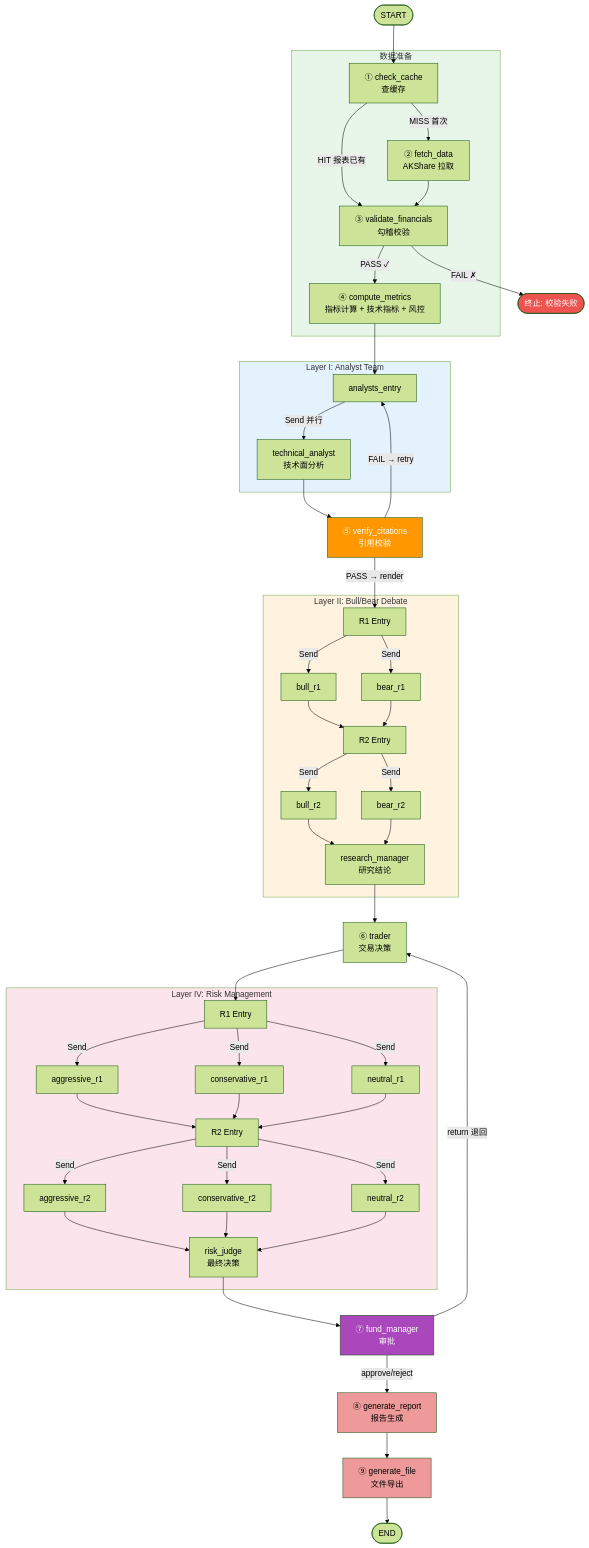
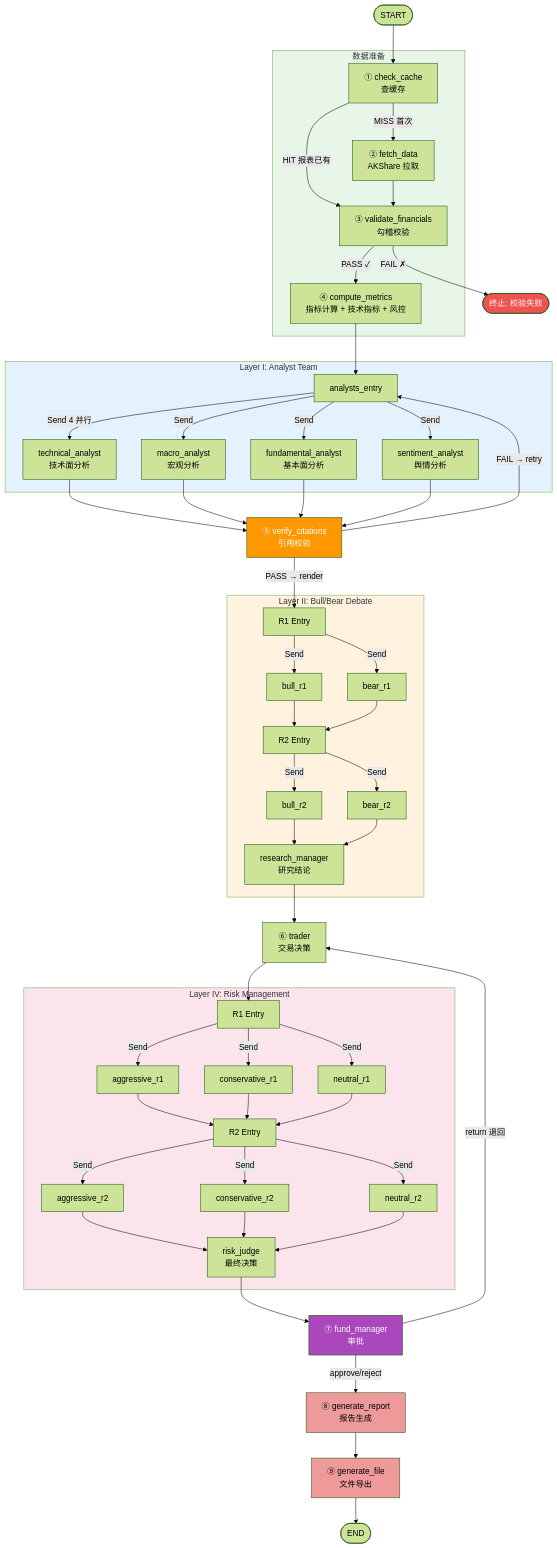
Before and after one commit to closure-guo/finance_analysis_agent: the diagram in docs/assets/graph.mmd, drawn with Mermaid (forest theme). The commit also changed 8 other files, not shown here.

```diff
--- a/docs/assets/graph.mmd
+++ b/docs/assets/graph.mmd
@@ -1,108 +1,117 @@
 flowchart TD
 
     START([START]) --> check_cache
 
     subgraph PREP[数据准备]
         check_cache["① check_cache<br/>查缓存"]
         fetch_data["② fetch_data<br/>AKShare 拉取"]
         validate_financials["③ validate_financials<br/>勾稽校验"]
         compute_metrics["④ compute_metrics<br/>指标计算 + 技术指标 + 风控"]
     end
 
     subgraph LayerI[Layer I: Analyst Team]
         analysts_entry["analysts_entry"]
         technical_analyst["technical_analyst<br/>技术面分析"]
+        macro_analyst["macro_analyst<br/>宏观分析"]
+        fundamental_analyst["fundamental_analyst<br/>基本面分析"]
+        sentiment_analyst["sentiment_analyst<br/>舆情分析"]
     end
 
     verify_citations["⑤ verify_citations<br/>引用校验"]
 
     subgraph LayerII[Layer II: Bull/Bear Debate]
         debate_r1_entry["R1 Entry"]
         bull_r1["bull_r1"]
         bear_r1["bear_r1"]
         debate_r2_entry["R2 Entry"]
         bull_r2["bull_r2"]
         bear_r2["bear_r2"]
         research_manager["research_manager<br/>研究结论"]
     end
 
     trader["⑥ trader<br/>交易决策"]
 
     subgraph LayerIV[Layer IV: Risk Management]
         risk_r1_entry["R1 Entry"]
         aggressive_r1["aggressive_r1"]
         conservative_r1["conservative_r1"]
         neutral_r1["neutral_r1"]
         risk_r2_entry["R2 Entry"]
         aggressive_r2["aggressive_r2"]
         conservative_r2["conservative_r2"]
         neutral_r2["neutral_r2"]
         risk_judge["risk_judge<br/>最终决策"]
     end
 
     fund_manager["⑦ fund_manager<br/>审批"]
     generate_report["⑧ generate_report<br/>报告生成"]
     generate_file["⑨ generate_file<br/>文件导出"]
     END([END])
     END_ERR([终止: 校验失败])
 
     %% PREP 边
     check_cache -->|"MISS 首次"| fetch_data
     check_cache -->|"HIT 报表已有"| validate_financials
     fetch_data --> validate_financials
     validate_financials -->|"FAIL ✗"| END_ERR
     validate_financials -->|"PASS ✓"| compute_metrics
     compute_metrics --> analysts_entry
 
     %% Layer I
-    analysts_entry -->|"Send 并行"| technical_analyst
+    analysts_entry -->|"Send 4 并行"| technical_analyst
+    analysts_entry -->|"Send"| macro_analyst
+    analysts_entry -->|"Send"| fundamental_analyst
+    analysts_entry -->|"Send"| sentiment_analyst
     technical_analyst --> verify_citations
+    macro_analyst --> verify_citations
+    fundamental_analyst --> verify_citations
+    sentiment_analyst --> verify_citations
 
     %% Citation 条件路由
     verify_citations -->|"PASS → render"| debate_r1_entry
     verify_citations -->|"FAIL → retry"| analysts_entry
 
     %% Layer II Debate
     debate_r1_entry -->|"Send"| bull_r1
     debate_r1_entry -->|"Send"| bear_r1
     bull_r1 --> debate_r2_entry
     bear_r1 --> debate_r2_entry
     debate_r2_entry -->|"Send"| bull_r2
     debate_r2_entry -->|"Send"| bear_r2
     bull_r2 --> research_manager
     bear_r2 --> research_manager
 
     %% Layer III
     research_manager --> trader
 
     %% Layer IV Risk
     trader --> risk_r1_entry
     risk_r1_entry -->|"Send"| aggressive_r1
     risk_r1_entry -->|"Send"| conservative_r1
     risk_r1_entry -->|"Send"| neutral_r1
     aggressive_r1 --> risk_r2_entry
     conservative_r1 --> risk_r2_entry
     neutral_r1 --> risk_r2_entry
     risk_r2_entry -->|"Send"| aggressive_r2
     risk_r2_entry -->|"Send"| conservative_r2
     risk_r2_entry -->|"Send"| neutral_r2
     aggressive_r2 --> risk_judge
     conservative_r2 --> risk_judge
     neutral_r2 --> risk_judge
 
     %% Layer V + Report
     risk_judge --> fund_manager
     fund_manager -->|"approve/reject"| generate_report
     fund_manager -->|"return 退回"| trader
     generate_report --> generate_file
     generate_file --> END
 
     style PREP fill:#e8f5e9
     style LayerI fill:#e3f2fd
     style LayerII fill:#fff3e0
     style LayerIV fill:#fce4ec
     style verify_citations fill:#ff9800,color:#fff
     style fund_manager fill:#ab47bc,color:#fff
     style generate_report fill:#ef9a9a
     style generate_file fill:#ef9a9a
     style END_ERR fill:#ef5350,color:#fff
```
